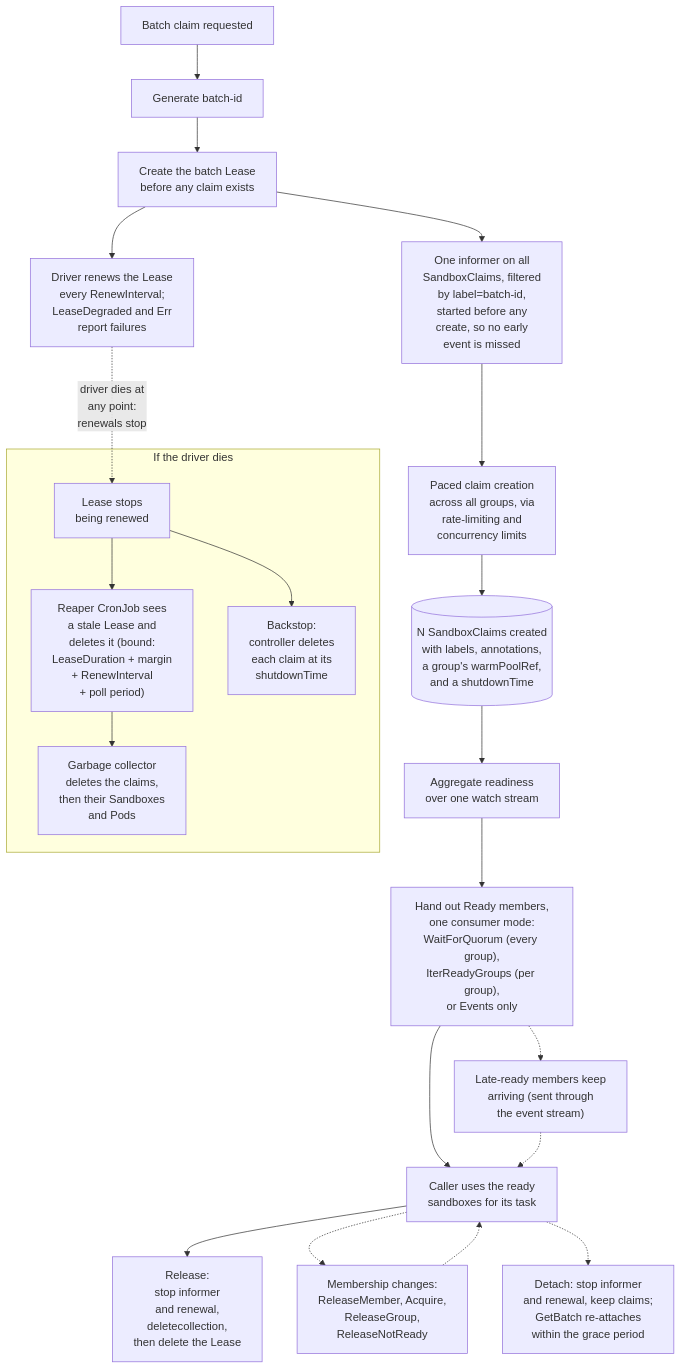
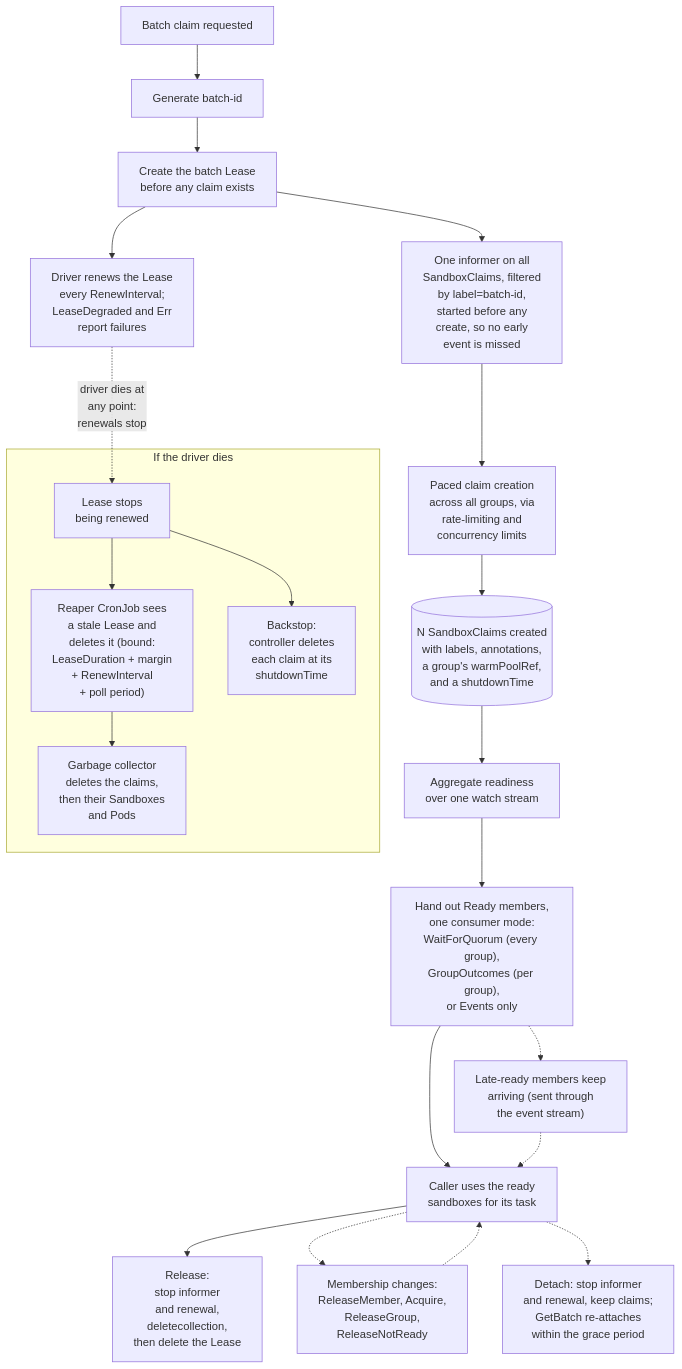
Before and after one commit to briankhoi/agent-sandbox: the diagram in batch-primitives/batch_claim_proposal.md, drawn with Mermaid. The commit also changed other lines of this file and 5 other files, not shown here.

First line of the commit message:
notes: finish the group_outcomes rename in the PR table, state and proposal Go text

````diff
--- a/batch-primitives/batch_claim_proposal.md
+++ b/batch-primitives/batch_claim_proposal.md
@@ -173,36 +173,36 @@
 ```mermaid
 flowchart TD
     Start["Batch claim requested"]
     Mint["Generate batch-id"]
     Lease["Create the batch Lease<br/>before any claim exists"]
     Watch["One informer on all<br/>SandboxClaims, filtered<br/>by label=batch-id,<br/>started before any<br/>create, so no early<br/>event is missed"]
     Create["Paced claim creation<br/>across all groups, via<br/>rate-limiting and<br/>concurrency limits"]
     Claims[("N SandboxClaims created<br/>with labels, annotations,<br/>a group's warmPoolRef,<br/>and a shutdownTime")]
     Aggregate["Aggregate readiness<br/>over one watch stream"]
-    Quorum["Hand out Ready members,<br/>one consumer mode:<br/>WaitForQuorum (every group),<br/>IterReadyGroups (per group),<br/>or Events only"]
+    Quorum["Hand out Ready members,<br/>one consumer mode:<br/>WaitForQuorum (every group),<br/>GroupOutcomes (per group),<br/>or Events only"]
     Work["Caller uses the ready<br/>sandboxes for its task"]
     LateReady["Late-ready members keep<br/>arriving (sent through<br/>the event stream)"]
     Swap["Membership changes:<br/>ReleaseMember, Acquire,<br/>ReleaseGroup,<br/>ReleaseNotReady"]
     Release["Release:<br/>stop informer<br/>and renewal,<br/>deletecollection,<br/>then delete the Lease"]
     Detach["Detach: stop informer<br/>and renewal, keep claims;<br/>GetBatch re-attaches<br/>within the grace period"]
     Renew["Driver renews the Lease<br/>every RenewInterval;<br/>LeaseDegraded and Err<br/>report failures"]
 
     Start --> Mint --> Lease --> Watch --> Create --> Claims
     Claims --> Aggregate --> Quorum --> Work --> Release
     Quorum -.-> LateReady -.-> Work
     Work -.-> Swap -.-> Work
     Work -.-> Detach
     Lease --> Renew
 
     subgraph CrashSafety["If the driver dies"]
       NoRenew["Lease stops<br/>being renewed"]
       Reaper["Reaper CronJob sees<br/>a stale Lease and<br/>deletes it (bound:<br/>LeaseDuration + margin<br/>+ RenewInterval<br/>+ poll period)"]
       GC["Garbage collector<br/>deletes the claims,<br/>then their Sandboxes<br/>and Pods"]
       Cap["Backstop:<br/>controller deletes<br/>each claim at its<br/>shutdownTime"]
       NoRenew --> Reaper
       Reaper --> GC
       NoRenew --> Cap
     end
 
     Renew -.->|driver dies at<br/>any point:<br/>renewals stop| NoRenew
 ```
````
